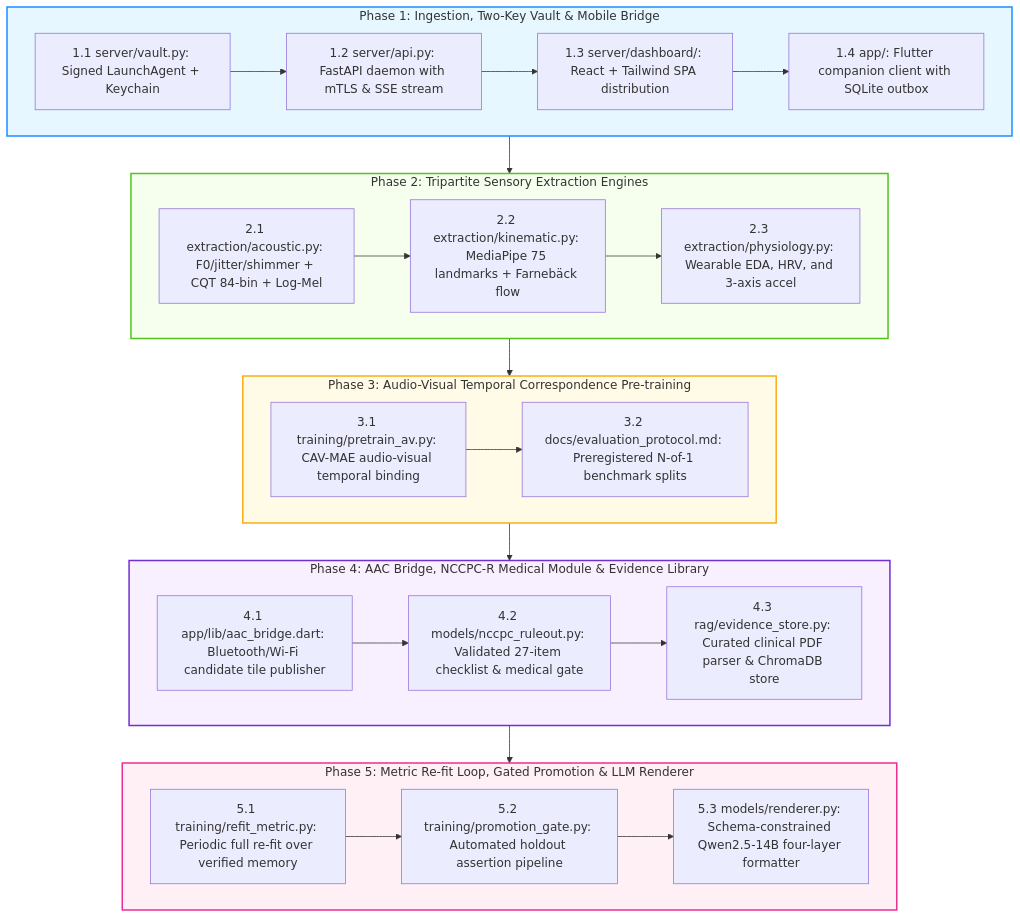
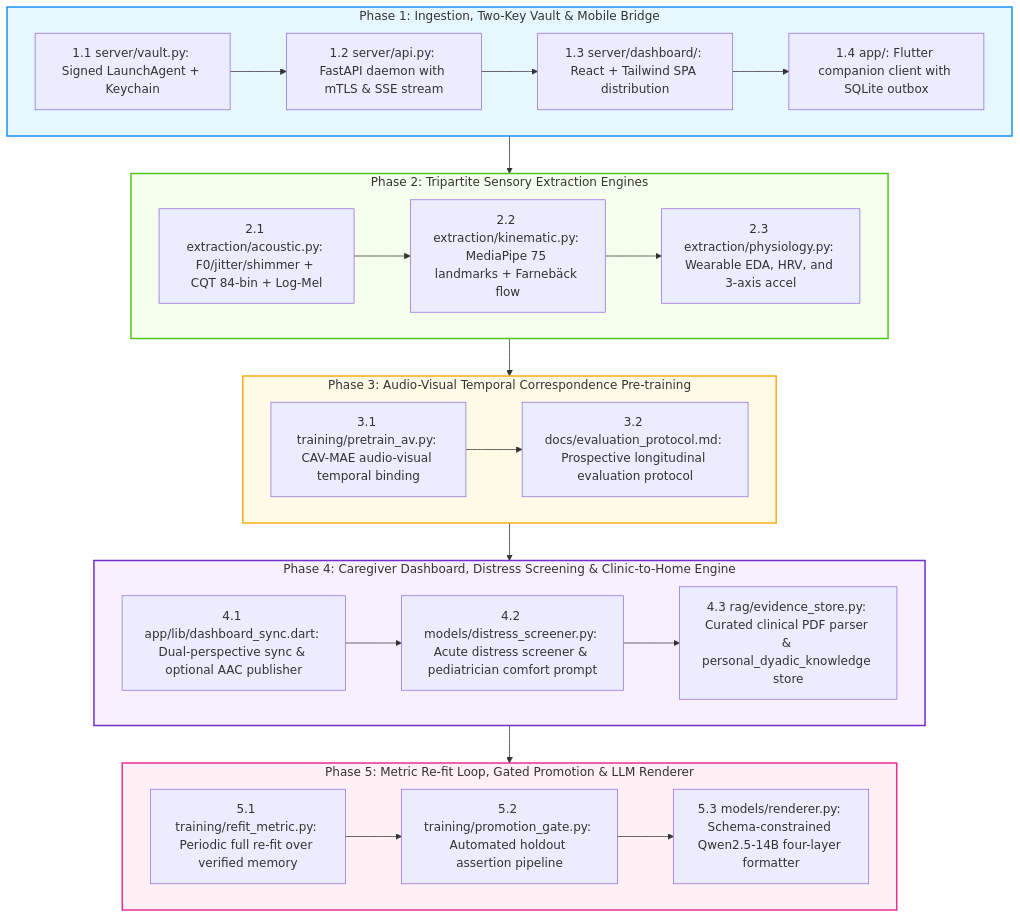
The fourth of 4 diagrams in SPECS.md (olostan/project_n), drawn with Mermaid before and after one commit. The commit also changed other lines of this file and 6 other files, not shown here.

Commit message:
docs: reconcile scientific citations, medical screening protocol, and evaluation benchmarks

````diff
--- a/SPECS.md
+++ b/SPECS.md
@@ -731,45 +749,45 @@
 ```mermaid
 graph TD
     subgraph P1 ["Phase 1: Ingestion, Two-Key Vault & Mobile Bridge"]
         P1_1["1.1 server/vault.py: Signed LaunchAgent + Keychain"]
         P1_2["1.2 server/api.py: FastAPI daemon with mTLS & SSE stream"]
         P1_3["1.3 server/dashboard/: React + Tailwind SPA distribution"]
         P1_4["1.4 app/: Flutter companion client with SQLite outbox"]
         P1_1 --> P1_2 --> P1_3 --> P1_4
     end
 
     subgraph P2 ["Phase 2: Tripartite Sensory Extraction Engines"]
         P2_1["2.1 extraction/acoustic.py: F0/jitter/shimmer + CQT 84-bin + Log-Mel"]
         P2_2["2.2 extraction/kinematic.py: MediaPipe 75 landmarks + Farnebäck flow"]
         P2_3["2.3 extraction/physiology.py: Wearable EDA, HRV, and 3-axis accel"]
         P2_1 --> P2_2 --> P2_3
     end
 
     subgraph P3 ["Phase 3: Audio-Visual Temporal Correspondence Pre-training"]
         P3_1["3.1 training/pretrain_av.py: CAV-MAE audio-visual temporal binding"]
-        P3_2["3.2 docs/evaluation_protocol.md: Preregistered N-of-1 benchmark splits"]
+        P3_2["3.2 docs/evaluation_protocol.md: Prospective longitudinal evaluation protocol"]
         P3_1 --> P3_2
     end
 
-    subgraph P4 ["Phase 4: AAC Bridge, NCCPC-R Medical Module & Evidence Library"]
-        P4_1["4.1 app/lib/aac_bridge.dart: Bluetooth/Wi-Fi candidate tile publisher"]
-        P4_2["4.2 models/nccpc_ruleout.py: Validated 27-item checklist & medical gate"]
-        P4_3["4.3 rag/evidence_store.py: Curated clinical PDF parser & ChromaDB store"]
+    subgraph P4 ["Phase 4: Caregiver Dashboard, Distress Screening & Clinic-to-Home Engine"]
+        P4_1["4.1 app/lib/dashboard_sync.dart: Dual-perspective sync & optional AAC publisher"]
+        P4_2["4.2 models/distress_screener.py: Acute distress screener & pediatrician comfort prompt"]
+        P4_3["4.3 rag/evidence_store.py: Curated clinical PDF parser & personal_dyadic_knowledge store"]
         P4_1 --> P4_2 --> P4_3
     end
 
     subgraph P5 ["Phase 5: Metric Re-fit Loop, Gated Promotion & LLM Renderer"]
         P5_1["5.1 training/refit_metric.py: Periodic full re-fit over verified memory"]
         P5_2["5.2 training/promotion_gate.py: Automated holdout assertion pipeline"]
         P5_3["5.3 models/renderer.py: Schema-constrained Qwen2.5-14B four-layer formatter"]
         P5_1 --> P5_2 --> P5_3
     end
 
     P1 --> P2 --> P3 --> P4 --> P5
 
     style P1 fill:#e6f7ff,stroke:#1890ff,stroke-width:2px
     style P2 fill:#f6ffed,stroke:#52c41a,stroke-width:2px
     style P3 fill:#fffbe6,stroke:#faad14,stroke-width:2px
     style P4 fill:#f9f0ff,stroke:#722ed1,stroke-width:2px
     style P5 fill:#fff0f6,stroke:#eb2f96,stroke-width:2px
 ```
````
